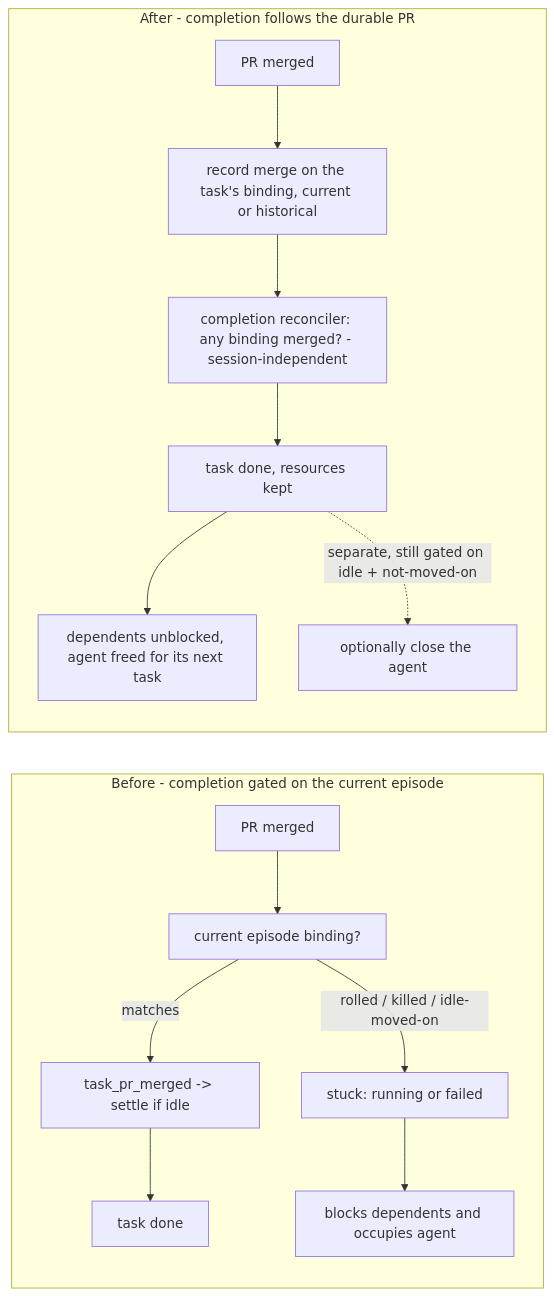
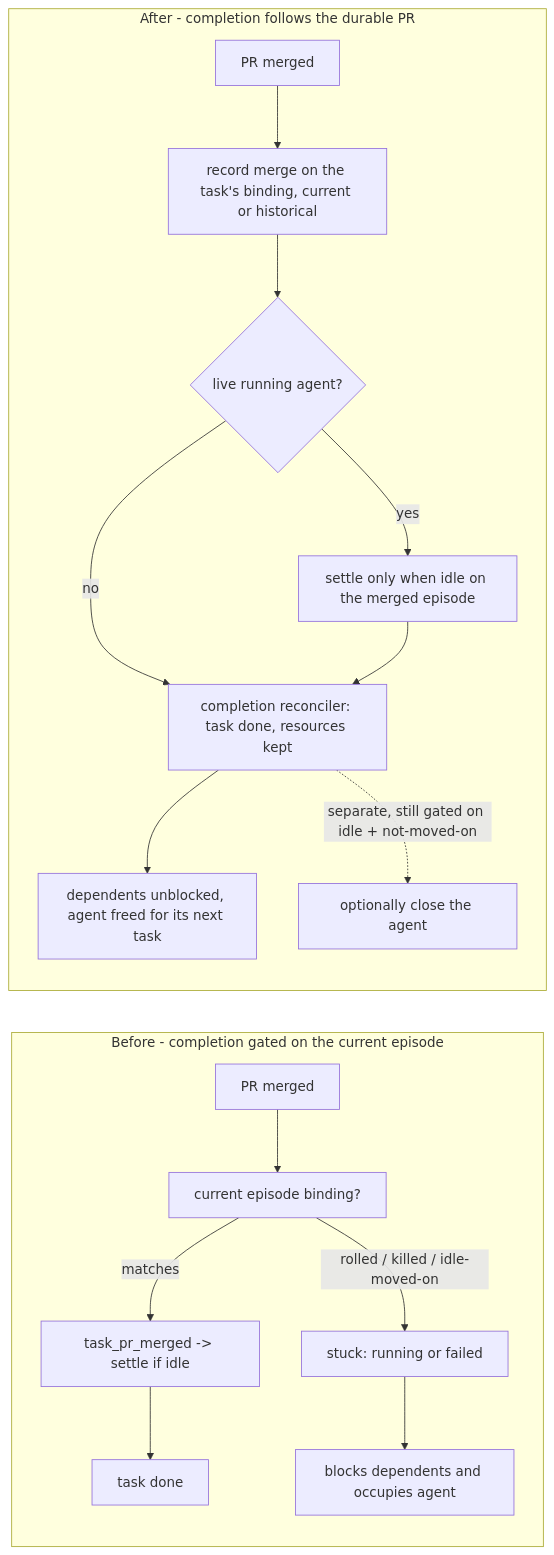
Before and after one commit to teamupstart/mission-control: the diagram in docs/plans/durable-task-completion/plan.md, drawn with Mermaid. The commit also changed other lines of this file and 7 other files, not shown here.

````diff
--- a/docs/plans/durable-task-completion/plan.md
+++ b/docs/plans/durable-task-completion/plan.md
@@ -138,15 +142,16 @@
 ```mermaid
 flowchart LR
   subgraph before [Before - completion gated on the current episode]
     A1[PR merged] --> A2[current episode binding?]
     A2 -- matches --> A3[task_pr_merged -> settle if idle] --> A4[task done]
     A2 -- rolled / killed / idle-moved-on --> A5[stuck: running or failed] --> A6[blocks dependents and occupies agent]
   end
   subgraph after [After - completion follows the durable PR]
     B1[PR merged] --> B2[record merge on the task's binding, current or historical]
-    B2 --> B3[completion reconciler: any binding merged? - session-independent]
-    B3 --> B4[task done, resources kept]
+    B2 --> B3{live running agent?}
+    B3 -- no --> B4[completion reconciler: task done, resources kept]
+    B3 -- yes --> B7[settle only when idle on the merged episode] --> B4
     B4 --> B5[dependents unblocked, agent freed for its next task]
     B4 -. separate, still gated on idle + not-moved-on .-> B6[optionally close the agent]
   end
 ```
````
